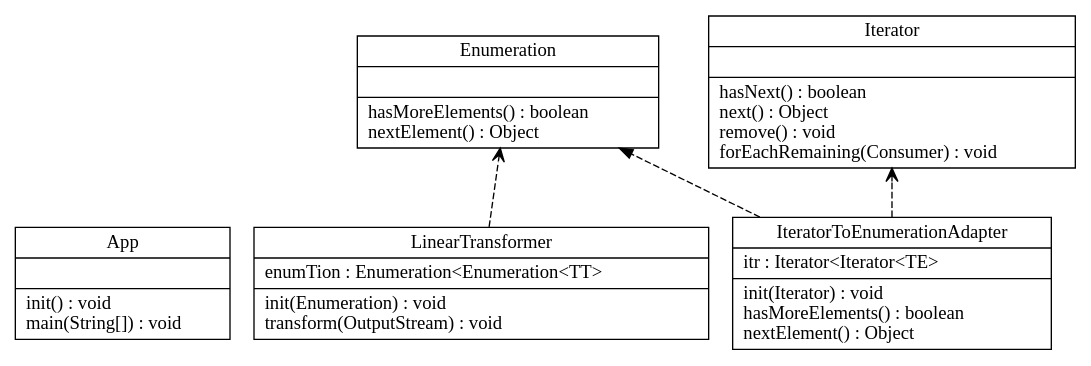
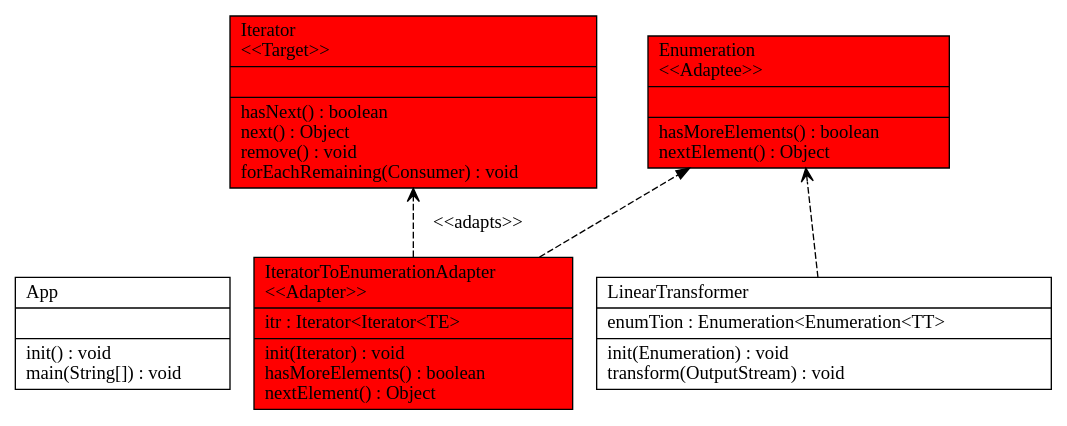
Before and after one commit to chinchalupa/CSSE374-Project: the diagram in input_output/lab51.dot, drawn with Graphviz. The commit also changed 28 other files, not shown here.

```diff
--- a/input_output/lab51.dot
+++ b/input_output/lab51.dot
@@ -1,23 +1,23 @@
 digraph G {
 
 fontname = "Bitstream Vera Sans"
 fontsize = 8
 rankdir=BT
 
 node [shape = "record" color = "#000000" fillcolor = "#000000" style=""]
-ClassTApp [label = "{App||init() : void\lmain(String[]) : void\l}"]
+ClassTApp [label = "{App\l||init() : void\lmain(String[]) : void\l}"]
+node [shape = "record" color = "#000000" fillcolor = "#ff0000" style="filled"]
+ClassTIteratorToEnumerationAdapter [label = "{IteratorToEnumerationAdapter\l\<\<Adapter\>\>\l|itr : Iterator\<Iterator\<TE\>\l|init(Iterator) : void\lhasMoreElements() : boolean\lnextElement() : Object\l}"]
 node [shape = "record" color = "#000000" fillcolor = "#000000" style=""]
-ClassTIteratorToEnumerationAdapter [label = "{IteratorToEnumerationAdapter|itr : Iterator\<Iterator\<TE\>\l|init(Iterator) : void\lhasMoreElements() : boolean\lnextElement() : Object\l}"]
-node [shape = "record" color = "#000000" fillcolor = "#000000" style=""]
-ClassTLinearTransformer [label = "{LinearTransformer|enumTion : Enumeration\<Enumeration\<TT\>\l|init(Enumeration) : void\ltransform(OutputStream) : void\l}"]
-node [shape = "record" color = "#000000" fillcolor = "#000000" style=""]
-ClassTEnumeration [label = "{Enumeration||hasMoreElements() : boolean\lnextElement() : Object\l}"]
-node [shape = "record" color = "#000000" fillcolor = "#000000" style=""]
-ClassTIterator [label = "{Iterator||hasNext() : boolean\lnext() : Object\lremove() : void\lforEachRemaining(Consumer) : void\l}"]
+ClassTLinearTransformer [label = "{LinearTransformer\l|enumTion : Enumeration\<Enumeration\<TT\>\l|init(Enumeration) : void\ltransform(OutputStream) : void\l}"]
+node [shape = "record" color = "#000000" fillcolor = "#ff0000" style="filled"]
+ClassTEnumeration [label = "{Enumeration\l\<\<Adaptee\>\>\l||hasMoreElements() : boolean\lnextElement() : Object\l}"]
+node [shape = "record" color = "#000000" fillcolor = "#ff0000" style="filled"]
+ClassTIterator [label = "{Iterator\l\<\<Target\>\>\l||hasNext() : boolean\lnext() : Object\lremove() : void\lforEachRemaining(Consumer) : void\l}"]
 edge [arrowhead = "normal" style = "dashed" label = ""]
 ClassTIteratorToEnumerationAdapter -> ClassTEnumeration
-edge [arrowhead = "vee" style = "dashed" label = ""]
+edge [arrowhead = "vee" style = "dashed" label = "\<\<adapts\>\>"]
 ClassTIteratorToEnumerationAdapter -> ClassTIterator
 edge [arrowhead = "vee" style = "dashed" label = ""]
 ClassTLinearTransformer -> ClassTEnumeration
 }
```
